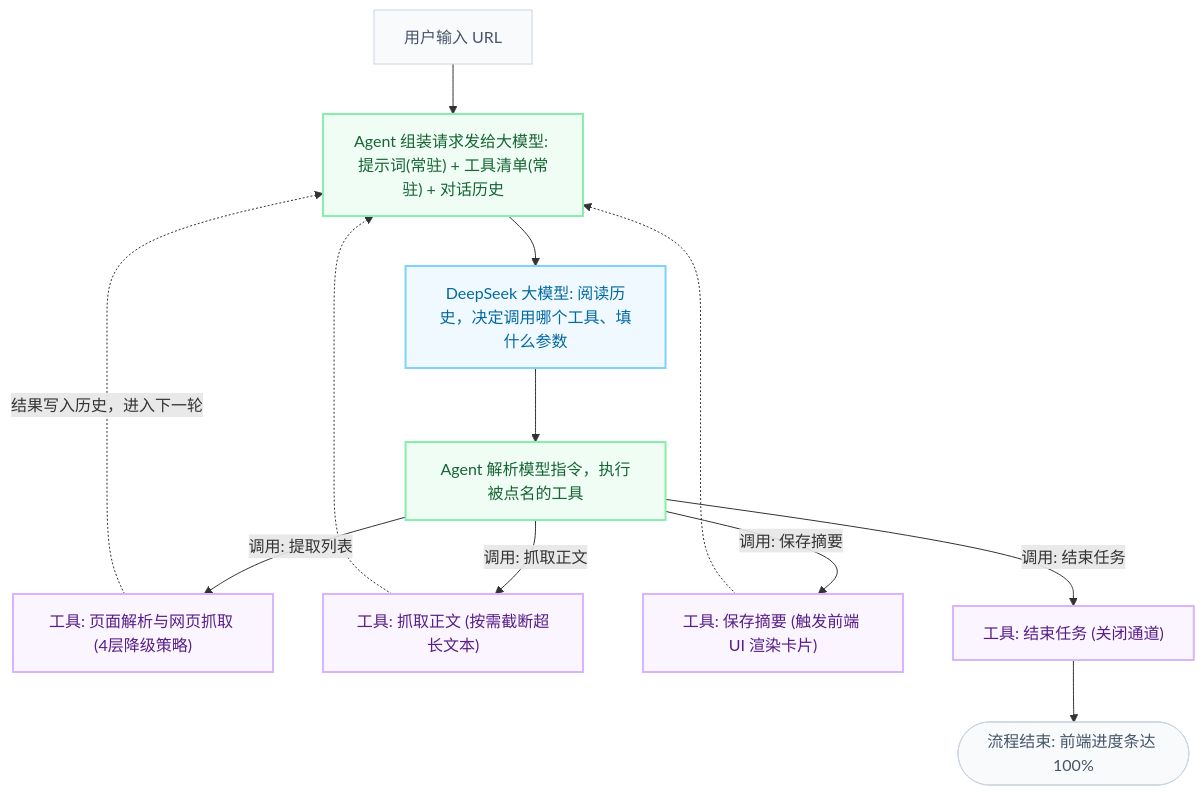
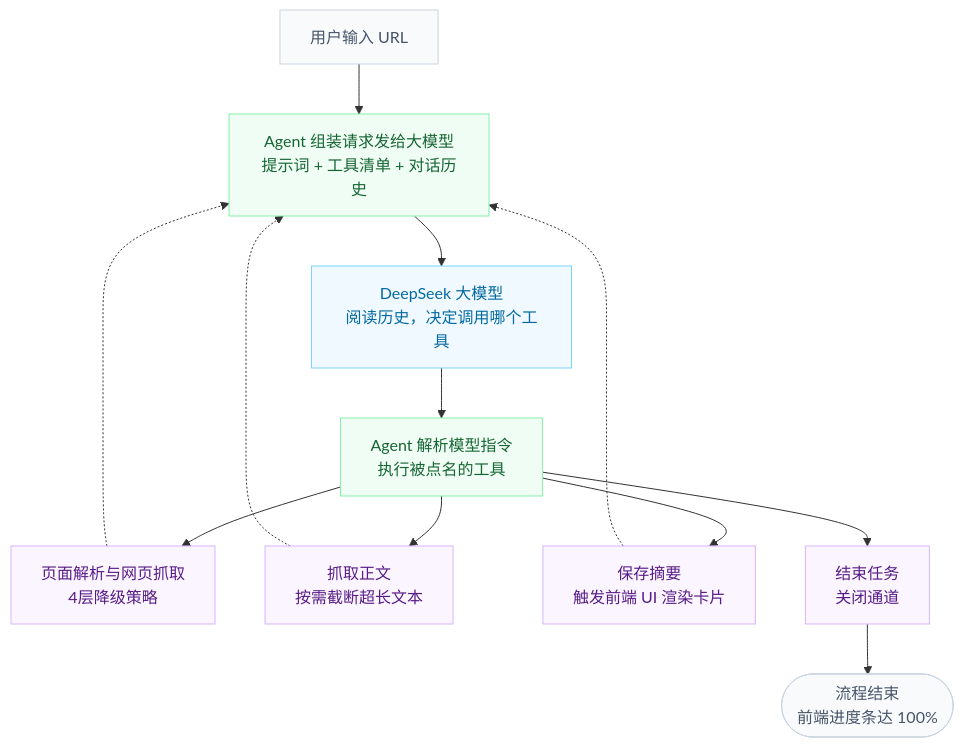
Before and after one commit to czxdwxh133-droid/zuopingji-0517: the diagram in README.md, drawn with Mermaid.

Commit message:
重写 Mermaid 流程图：兼容 GitHub 渲染器

````diff
--- a/README.md
+++ b/README.md
@@ -35,62 +35,40 @@
 ```mermaid
 graph TD
-    %% =======================================
-    %% 1. 定义节点内容 (纯净双引号包裹)
-    %% =======================================
     User["用户输入 URL"]
     
-    %% 核心中枢
-    AgentState["Agent 组装请求发给大模型: 提示词(常驻) + 工具清单(常驻) + 对话历史"]
-    LLM["DeepSeek 大模型: 阅读历史，决定调用哪个工具、填什么参数"]
-    AgentAction["Agent 解析模型指令，执行被点名的工具"]
+    AgentState["Agent 组装请求发给大模型<br/>提示词 + 工具清单 + 对话历史"]
+    LLM["DeepSeek 大模型<br/>阅读历史，决定调用哪个工具"]
+    AgentAction["Agent 解析模型指令<br/>执行被点名的工具"]
     
-    %% 具体的工具集
-    ToolParse["工具: 页面解析与网页抓取 (4层降级策略)"]
-    ToolFetch["工具: 抓取正文 (按需截断超长文本)"]
-    ToolSave["工具: 保存摘要 (触发前端 UI 渲染卡片)"]
-    ToolEnd["工具: 结束任务 (关闭通道)"]
+    ToolParse["页面解析与网页抓取<br/>4层降级策略"]
+    ToolFetch["抓取正文<br/>按需截断超长文本"]
+    ToolSave["保存摘要<br/>触发前端 UI 渲染卡片"]
+    ToolEnd["结束任务<br/>关闭通道"]
     
-    End(["流程结束: 前端进度条达 100%"])
+    Finish(["流程结束<br/>前端进度条达 100%"])
 
-    %% =======================================
-    %% 2. 定义执行流 (主干直线，循环靠侧边虚线)
-    %% =======================================
     User --> AgentState
     AgentState --> LLM
     LLM --> AgentAction
     
-    %% Agent 分发到具体工具
-    AgentAction --> |"调用: 提取列表"| ToolParse
-    AgentAction --> |"调用: 抓取正文"| ToolFetch
-    AgentAction --> |"调用: 保存摘要"| ToolSave
-    AgentAction --> |"调用: 结束任务"| ToolEnd
+    AgentAction --> ToolParse
+    AgentAction --> ToolFetch
+    AgentAction --> ToolSave
+    AgentAction --> ToolEnd
     
-    %% =======================================
-    %% 3. 核心精髓：状态写回与循环反馈 (对应截图左侧虚线)
-    %% =======================================
-    ToolParse -.-> |"结果写入历史，进入下一轮"| AgentState
+    ToolParse -.-> AgentState
     ToolFetch -.-> AgentState
     ToolSave -.-> AgentState
     
-    %% 结束分支跳出循环
-    ToolEnd --> End
+    ToolEnd --> Finish
 
-    %% =======================================
-    %% 4. 清新脱俗的极简配色 (低饱和度浅色底 + 雅致边框)
-    %% =======================================
-    
-    %% 用户/结束 (淡雅灰白)
-    classDef baseStyle fill:#F8FAFC,stroke:#CBD5E1,stroke-width:1px,color:#475569
-    %% Agent 状态/执行 (清透薄荷绿)
-    classDef agentStyle fill:#F0FDF4,stroke:#86EFAC,stroke-width:2px,color:#166534
-    %% 大模型 (静谧海蓝)
-    classDef llmStyle fill:#F0F9FF,stroke:#7DD3FC,stroke-width:2px,color:#0369A1
-    %% 工具层 (柔和香芋紫)
-    classDef toolStyle fill:#FAF5FF,stroke:#D8B4FE,stroke-width:2px,color:#581C87
+    classDef baseStyle fill:#F8FAFC,stroke:#CBD5E1,color:#475569
+    classDef agentStyle fill:#F0FDF4,stroke:#86EFAC,color:#166534
+    classDef llmStyle fill:#F0F9FF,stroke:#7DD3FC,color:#0369A1
+    classDef toolStyle fill:#FAF5FF,stroke:#D8B4FE,color:#581C87
 
-    %% 应用样式
-    class User,End baseStyle
+    class User,Finish baseStyle
     class AgentState,AgentAction agentStyle
     class LLM llmStyle
     class ToolParse,ToolFetch,ToolSave,ToolEnd toolStyle
 ```
````
